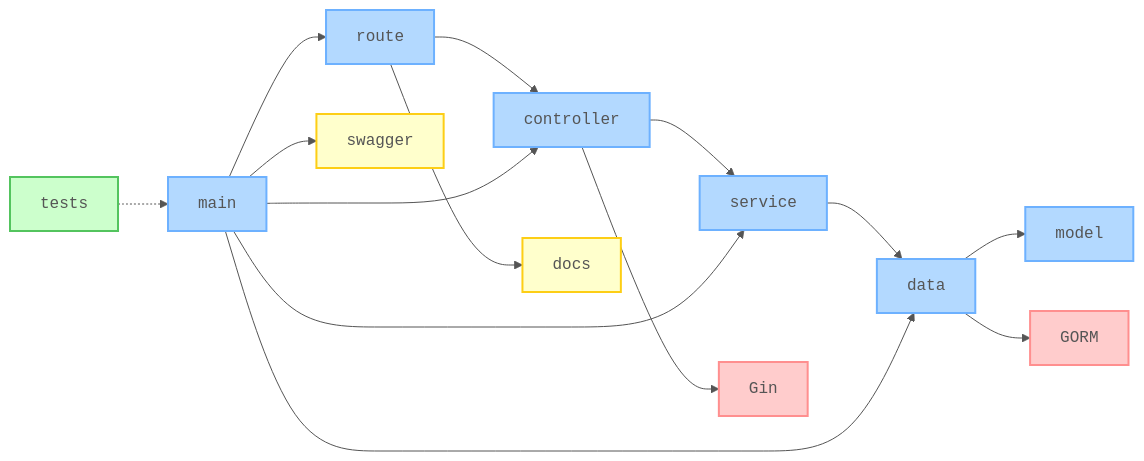
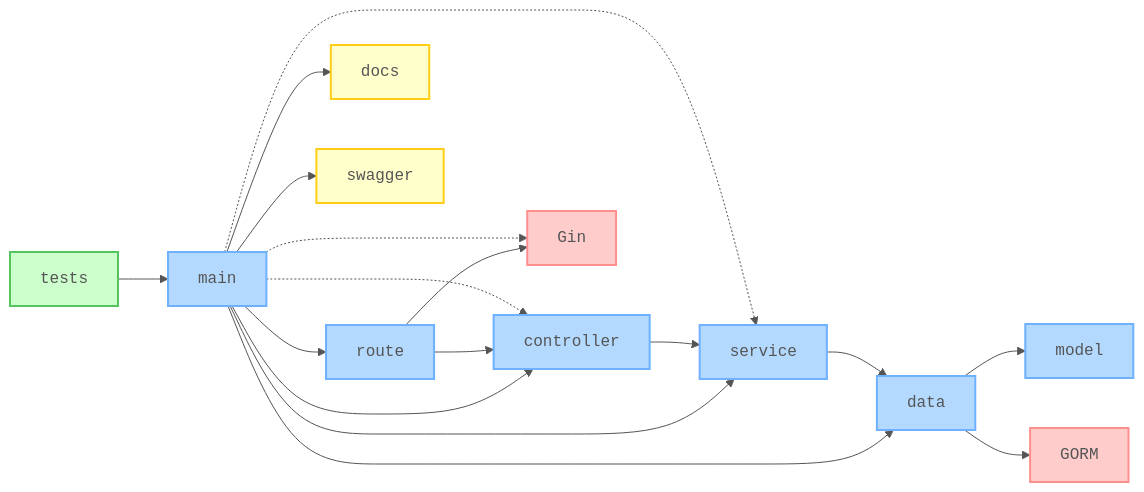
Before and after one commit to nanotaboada/go-samples-gin-restful: the first of 2 diagrams in README.md, drawn with Mermaid. The commit also changed other lines of this file and 3 other files, not shown here.

First line of the commit message:
refactor!: move route composition to main (#112)

````diff
--- a/README.md
+++ b/README.md
@@ -86,65 +86,62 @@
 ```mermaid
 %%{init: {
   "theme": "default",
   "themeVariables": {
     "fontFamily": "Fira Code, Consolas, monospace",
     "textColor": "#555",
     "lineColor": "#555",
     "lineWidth": 2
   }
 }}%%
 
 graph LR
     %% Core application packages
     main[main]
     route[route]
     controller[controller]
     service[service]
     data[data]
     model[model]
 
     %% Supporting features
     docs[docs]
     swagger[swagger]
 
     %% External dependencies
     gin[Gin]
     gorm[GORM]
 
     %% Test coverage
     tests[tests]
 
-    %% Core application flow
+    %% Module dependencies (solid arrows = imports)
+    main --> data
+    main --> service
+    main --> controller
     main --> route
+    main --> swagger
+    main --> docs
     route --> controller
     controller --> service
     service --> data
     data --> model
+    data --> gorm
+    route --> gin
+    tests --> main
 
-    %% Dependency injection relationships
-    main --> data
-    main --> service
-    main --> controller
-
-    %% Supporting features connections
-    route --> docs
-    main --> swagger
-
-    %% External dependencies
-    controller --> gin
-    data --> gorm
-
-    %% Test coverage
-    tests -.-> main
+    %% Runtime composition (dotted arrows = main creates/wires)
+    main -.-> gin
+    main -.-> service
+    main -.-> controller
 
     %% Node styling
     classDef core fill:#b3d9ff,stroke:#6db1ff,stroke-width:2px,color:#555,font-family:monospace;
     classDef support fill:#ffffcc,stroke:#fdce15,stroke-width:2px,color:#555,font-family:monospace;
     classDef deps fill:#ffcccc,stroke:#ff8f8f,stroke-width:2px,color:#555,font-family:monospace;
     classDef test fill:#ccffcc,stroke:#53c45e,stroke-width:2px,color:#555,font-family:monospace;
 
     class main,route,controller,service,data,model core
     class docs,swagger support
     class gin,gorm deps
     class tests test
 ```
````
